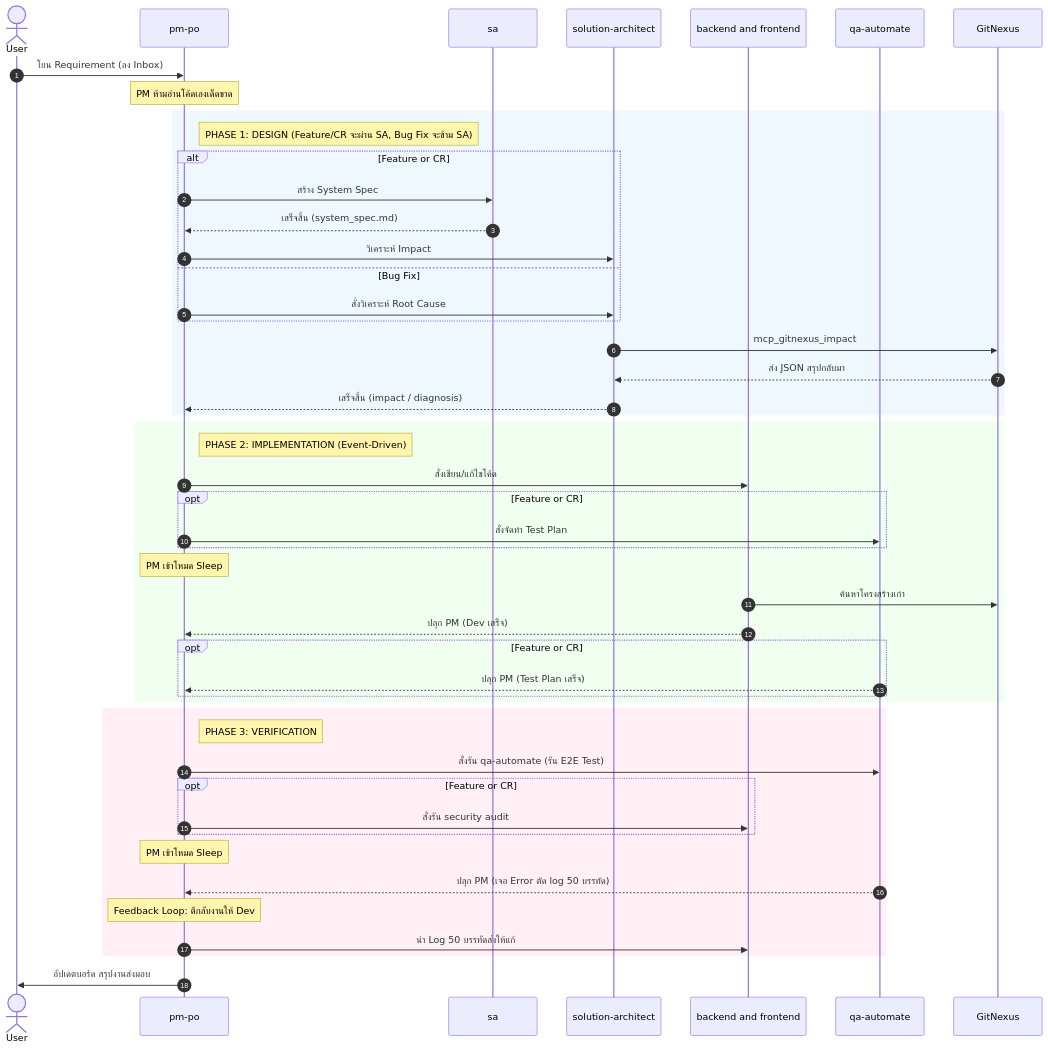
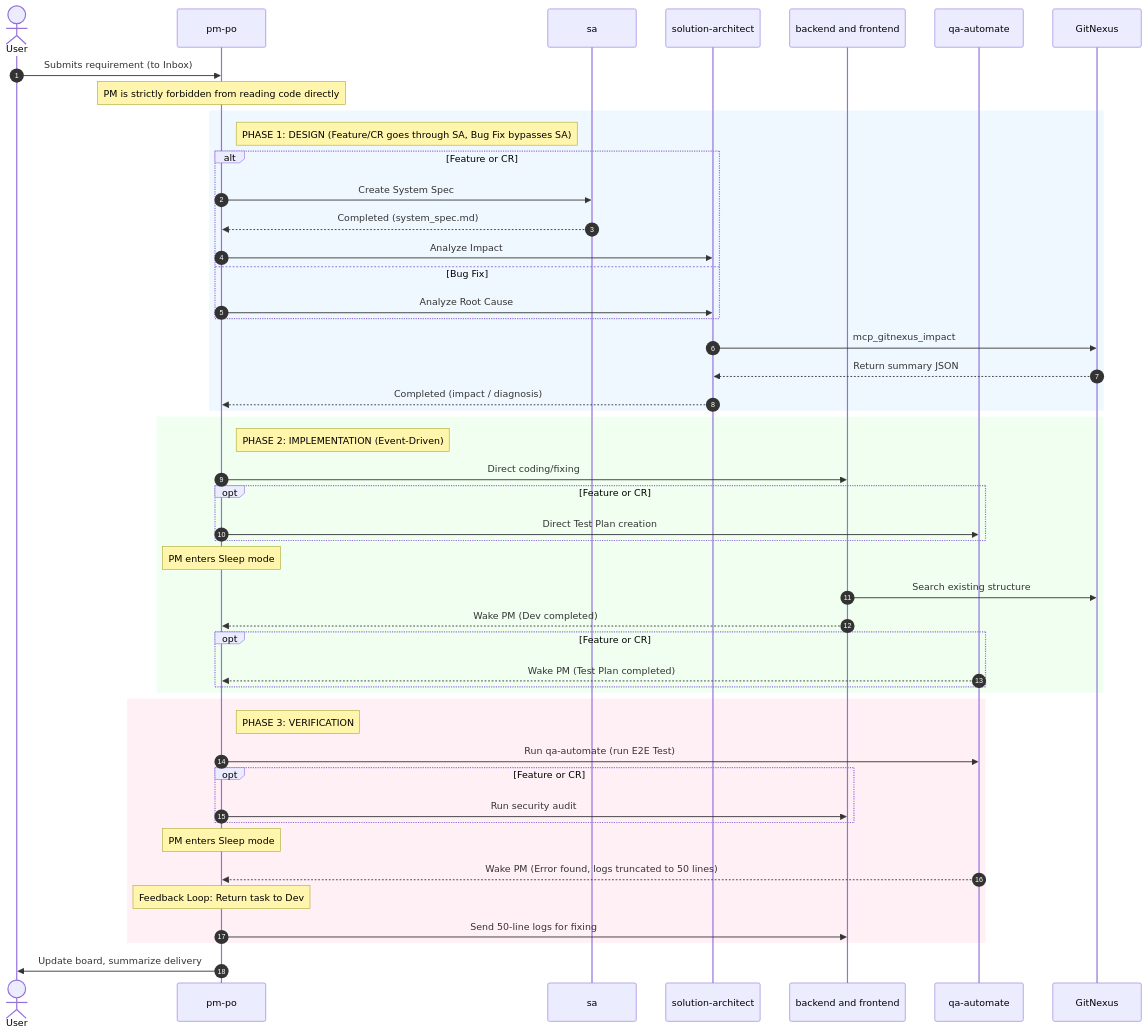
The second of 2 diagrams in README.md (supat29182/gemini-agent-team-template), drawn with Mermaid before and after one commit. The commit also changed other lines of this file and 14 other files, not shown here.

First line of the commit message:
docs(brain): integrate directory layout design to Solution Architect workflow and translate docs to English

````diff
--- a/README.md
+++ b/README.md
@@ -48,58 +48,58 @@
 ```mermaid
 sequenceDiagram
     autonumber
     actor User
     participant PM as pm-po
     participant SA as sa
     participant Arch as solution-architect
     participant Devs as backend and frontend
     participant QA as qa-automate
     participant Nexus as GitNexus
     
-    User->>PM: โยน Requirement (ลง Inbox)
-    Note over PM: PM ห้ามอ่านโค้ดเองเด็ดขาด
+    User->>PM: Submits requirement (to Inbox)
+    Note over PM: PM is strictly forbidden from reading code directly
     
     rect rgb(240, 248, 255)
-        Note right of PM: PHASE 1: DESIGN (Feature/CR จะผ่าน SA, Bug Fix จะข้าม SA)
+        Note right of PM: PHASE 1: DESIGN (Feature/CR goes through SA, Bug Fix bypasses SA)
         alt Feature or CR
-            PM->>SA: สร้าง System Spec
-            SA-->>PM: เสร็จสิ้น (system_spec.md)
-            PM->>Arch: วิเคราะห์ Impact
+            PM->>SA: Create System Spec
+            SA-->>PM: Completed (system_spec.md)
+            PM->>Arch: Analyze Impact
         else Bug Fix
-            PM->>Arch: สั่งวิเคราะห์ Root Cause
+            PM->>Arch: Analyze Root Cause
         end
         Arch->>Nexus: mcp_gitnexus_impact
-        Nexus-->>Arch: ส่ง JSON สรุปกลับมา
-        Arch-->>PM: เสร็จสิ้น (impact / diagnosis)
+        Nexus-->>Arch: Return summary JSON
+        Arch-->>PM: Completed (impact / diagnosis)
     end
 
     rect rgb(240, 255, 240)
         Note right of PM: PHASE 2: IMPLEMENTATION (Event-Driven)
-        PM->>Devs: สั่งเขียน/แก้ไขโค้ด
+        PM->>Devs: Direct coding/fixing
         opt Feature or CR
-            PM->>QA: สั่งจัดทำ Test Plan
+            PM->>QA: Direct Test Plan creation
         end
-        Note over PM: PM เข้าโหมด Sleep
+        Note over PM: PM enters Sleep mode
         
-        Devs->>Nexus: ค้นหาโครงสร้างเก่า
-        Devs-->>PM: ปลุก PM (Dev เสร็จ)
+        Devs->>Nexus: Search existing structure
+        Devs-->>PM: Wake PM (Dev completed)
         opt Feature or CR
-            QA-->>PM: ปลุก PM (Test Plan เสร็จ)
+            QA-->>PM: Wake PM (Test Plan completed)
         end
     end
 
     rect rgb(255, 240, 245)
         Note right of PM: PHASE 3: VERIFICATION
-        PM->>QA: สั่งรัน qa-automate (รัน E2E Test)
+        PM->>QA: Run qa-automate (run E2E Test)
         opt Feature or CR
-            PM->>Devs: สั่งรัน security audit
+            PM->>Devs: Run security audit
         end
-        Note over PM: PM เข้าโหมด Sleep
+        Note over PM: PM enters Sleep mode
         
-        QA-->>PM: ปลุก PM (เจอ Error ตัด log 50 บรรทัด)
-        Note over PM: Feedback Loop: ตีกลับงานให้ Dev
-        PM->>Devs: นำ Log 50 บรรทัดส่งให้แก้
+        QA-->>PM: Wake PM (Error found, logs truncated to 50 lines)
+        Note over PM: Feedback Loop: Return task to Dev
+        PM->>Devs: Send 50-line logs for fixing
     end
     
-    PM->>User: อัปเดตบอร์ด สรุปงานส่งมอบ
+    PM->>User: Update board, summarize delivery
 ```
````
